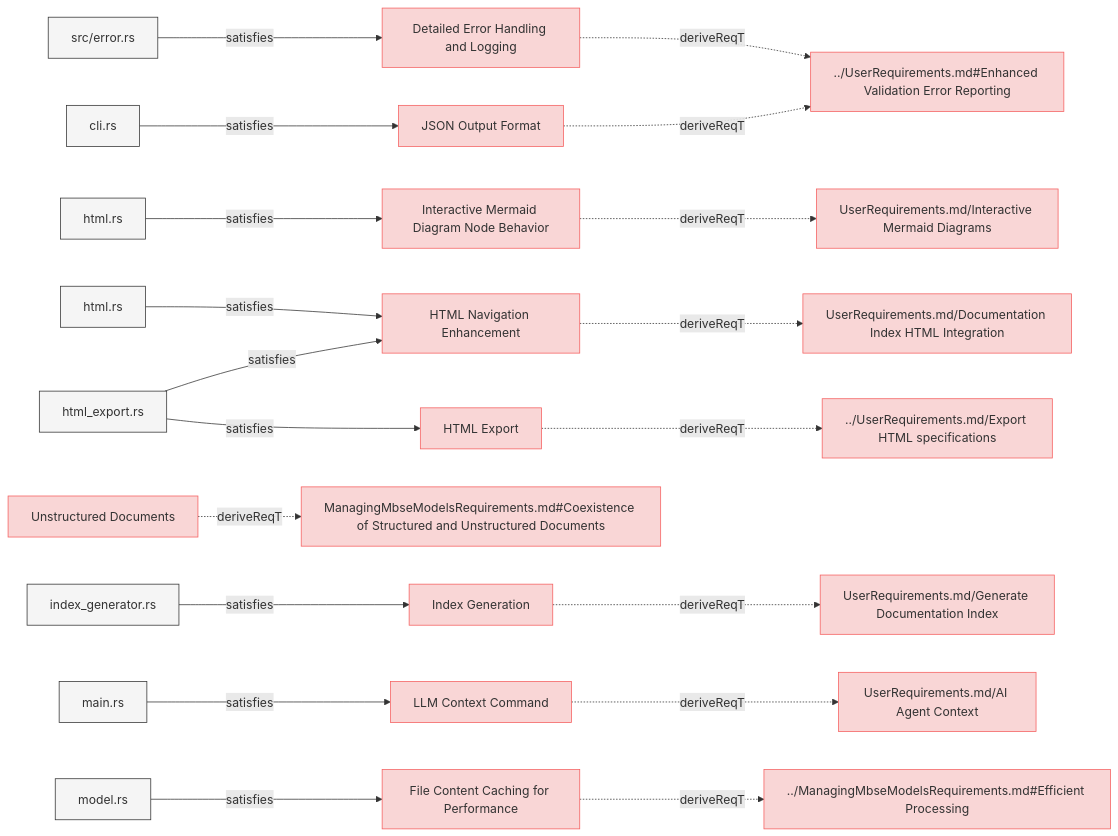
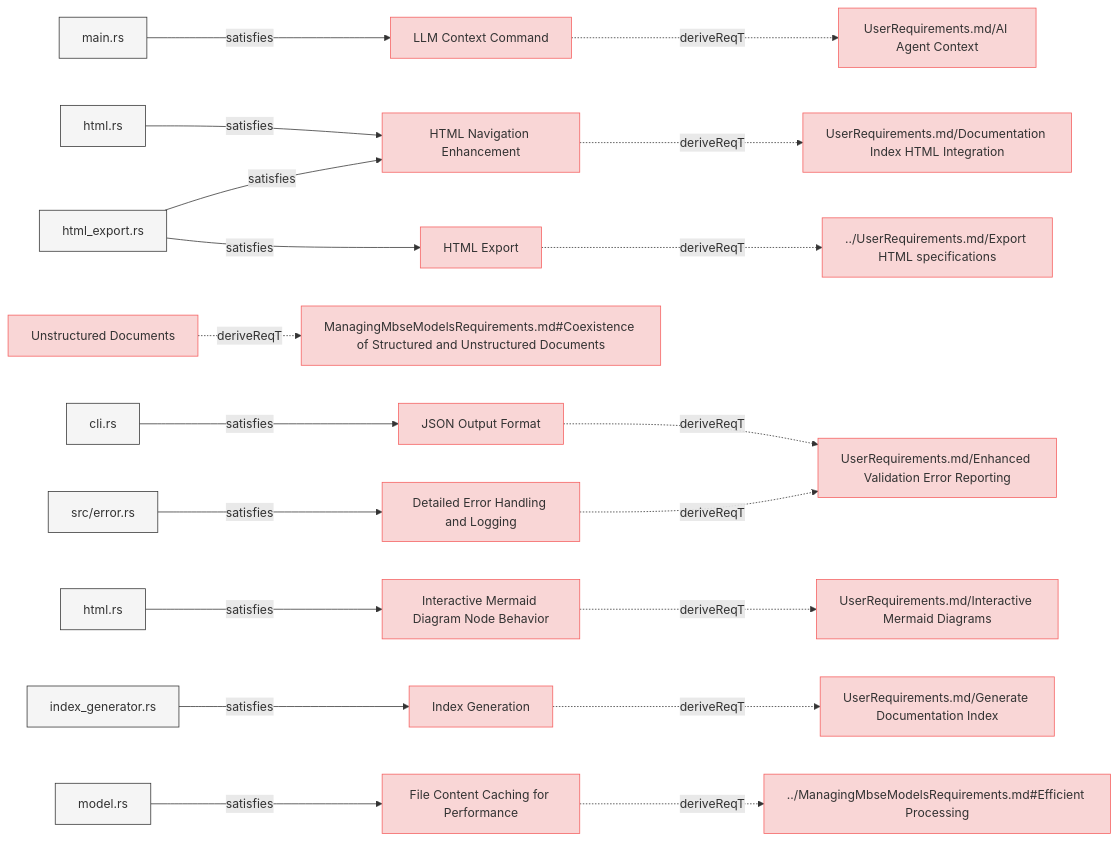
One commit to reqvire-org/reqvire changed the third of 8 diagrams in specifications/SystemRequirements/Requirements.md. Above: the diagram before and after it, drawn with Mermaid. The commit also changed other lines of this file and 16 other files, not shown here.

````diff
--- a/specifications/SystemRequirements/Requirements.md
+++ b/specifications/SystemRequirements/Requirements.md
@@ -236,97 +236,97 @@
   classDef externalLink fill:#d0e0ff,stroke:#3080ff,stroke-width:1px;
   classDef default fill:#f5f5f5,stroke:#333333,stroke-width:1px;
 
+  d177913fffd1ed11["LLM Context Command"];
+  click d177913fffd1ed11 "https://github.com/Reqvire/reqvire/blob/92e82ef235559b4819fd85d700024b79b452d8e3/specifications/SystemRequirements/Requirements.md#llm-context-command";
+  class d177913fffd1ed11 requirement;
+  7fd9156eac77c270["UserRequirements.md/AI Agent Context"];
+  class 7fd9156eac77c270 requirement;
+  click 7fd9156eac77c270 "https://github.com/Reqvire/reqvire/blob/92e82ef235559b4819fd85d700024b79b452d8e3/specifications/UserRequirements.md#ai-agent-context";
+  d177913fffd1ed11 -.->|deriveReqT| 7fd9156eac77c270;
+  615a0f4ad2620118["main.rs"];
+  class 615a0f4ad2620118 default;
+  click 615a0f4ad2620118 "https://github.com/Reqvire/reqvire/blob/92e82ef235559b4819fd85d700024b79b452d8e3/cli/src/main.rs";
+  615a0f4ad2620118 -->|satisfies| d177913fffd1ed11;
+  1550bb73b8029cb["HTML Navigation Enhancement"];
+  click 1550bb73b8029cb "https://github.com/Reqvire/reqvire/blob/92e82ef235559b4819fd85d700024b79b452d8e3/specifications/SystemRequirements/Requirements.md#html-navigation-enhancement";
+  class 1550bb73b8029cb requirement;
+  b5146db7aedfd66["UserRequirements.md/Documentation Index HTML Integration"];
+  class b5146db7aedfd66 requirement;
+  click b5146db7aedfd66 "https://github.com/Reqvire/reqvire/blob/92e82ef235559b4819fd85d700024b79b452d8e3/specifications/UserRequirements.md#documentation-index-html-integration";
+  1550bb73b8029cb -.->|deriveReqT| b5146db7aedfd66;
+  59e3b5b3087497da["html.rs"];
+  class 59e3b5b3087497da default;
+  click 59e3b5b3087497da "https://github.com/Reqvire/reqvire/blob/92e82ef235559b4819fd85d700024b79b452d8e3/core/src/html.rs";
+  59e3b5b3087497da -->|satisfies| 1550bb73b8029cb;
+  5dbf1a3141d3defb["html_export.rs"];
+  class 5dbf1a3141d3defb default;
+  click 5dbf1a3141d3defb "https://github.com/Reqvire/reqvire/blob/92e82ef235559b4819fd85d700024b79b452d8e3/core/src/html_export.rs";
+  5dbf1a3141d3defb -->|satisfies| 1550bb73b8029cb;
+  3f1abb8fd2d7c9c2["Unstructured Documents"];
+  click 3f1abb8fd2d7c9c2 "https://github.com/Reqvire/reqvire/blob/92e82ef235559b4819fd85d700024b79b452d8e3/specifications/SystemRequirements/Requirements.md#unstructured-documents";
+  class 3f1abb8fd2d7c9c2 requirement;
+  da5831ca85881025["ManagingMbseModelsRequirements.md#Coexistence of Structured and Unstructured Documents"];
+  class da5831ca85881025 requirement;
+  click da5831ca85881025 "https://github.com/Reqvire/reqvire/blob/92e82ef235559b4819fd85d700024b79b452d8e3/specifications/ManagingMbseModelsRequirements.md#coexistence-of-structured-and-unstructured-documents";
+  3f1abb8fd2d7c9c2 -.->|deriveReqT| da5831ca85881025;
+  bf6c9ff8abbc637b["JSON Output Format"];
+  click bf6c9ff8abbc637b "https://github.com/Reqvire/reqvire/blob/92e82ef235559b4819fd85d700024b79b452d8e3/specifications/SystemRequirements/Requirements.md#json-output-format";
+  class bf6c9ff8abbc637b requirement;
+  3d2fe0b05ff9c8e3["UserRequirements.md/Enhanced Validation Error Reporting"];
+  class 3d2fe0b05ff9c8e3 requirement;
+  click 3d2fe0b05ff9c8e3 "https://github.com/Reqvire/reqvire/blob/92e82ef235559b4819fd85d700024b79b452d8e3/specifications/UserRequirements.md#enhanced-validation-error-reporting";
+  bf6c9ff8abbc637b -.->|deriveReqT| 3d2fe0b05ff9c8e3;
+  2f21d2133dbfd205["cli.rs"];
+  class 2f21d2133dbfd205 default;
+  click 2f21d2133dbfd205 "https://github.com/Reqvire/reqvire/blob/92e82ef235559b4819fd85d700024b79b452d8e3/cli/src/cli.rs";
+  2f21d2133dbfd205 -->|satisfies| bf6c9ff8abbc637b;
+  a17b8052345712d7["Interactive Mermaid Diagram Node Behavior"];
+  click a17b8052345712d7 "https://github.com/Reqvire/reqvire/blob/92e82ef235559b4819fd85d700024b79b452d8e3/specifications/SystemRequirements/Requirements.md#interactive-mermaid-diagram-node-behavior";
+  class a17b8052345712d7 requirement;
+  b8997351b6f34048["UserRequirements.md/Interactive Mermaid Diagrams"];
+  class b8997351b6f34048 requirement;
+  click b8997351b6f34048 "https://github.com/Reqvire/reqvire/blob/92e82ef235559b4819fd85d700024b79b452d8e3/specifications/UserRequirements.md#interactive-mermaid-diagrams";
+  a17b8052345712d7 -.->|deriveReqT| b8997351b6f34048;
+  95f7dce6aff47396["html.rs"];
+  class 95f7dce6aff47396 default;
+  click 95f7dce6aff47396 "https://github.com/Reqvire/reqvire/blob/92e82ef235559b4819fd85d700024b79b452d8e3/core/src/diagrams.rs";
+  95f7dce6aff47396 -->|satisfies| a17b8052345712d7;
+  3b4bfa0725509a0e["Index Generation"];
+  click 3b4bfa0725509a0e "https://github.com/Reqvire/reqvire/blob/92e82ef235559b4819fd85d700024b79b452d8e3/specifications/SystemRequirements/Requirements.md#index-generation";
+  class 3b4bfa0725509a0e requirement;
+  9019be8bfdc22b35["UserRequirements.md/Generate Documentation Index"];
+  class 9019be8bfdc22b35 requirement;
+  click 9019be8bfdc22b35 "https://github.com/Reqvire/reqvire/blob/92e82ef235559b4819fd85d700024b79b452d8e3/specifications/UserRequirements.md#generate-documentation-index";
+  3b4bfa0725509a0e -.->|deriveReqT| 9019be8bfdc22b35;
+  3461f4a59371fd45["index_generator.rs"];
+  class 3461f4a59371fd45 default;
+  click 3461f4a59371fd45 "https://github.com/Reqvire/reqvire/blob/92e82ef235559b4819fd85d700024b79b452d8e3/core/src/index_generator.rs";
+  3461f4a59371fd45 -->|satisfies| 3b4bfa0725509a0e;
+  a2b1d4ec64cbd441["HTML Export"];
+  click a2b1d4ec64cbd441 "https://github.com/Reqvire/reqvire/blob/92e82ef235559b4819fd85d700024b79b452d8e3/specifications/SystemRequirements/Requirements.md#html-export";
+  class a2b1d4ec64cbd441 requirement;
+  d9686a154fe87b2["../UserRequirements.md/Export HTML specifications"];
+  class d9686a154fe87b2 requirement;
+  click d9686a154fe87b2 "https://github.com/Reqvire/reqvire/blob/92e82ef235559b4819fd85d700024b79b452d8e3/specifications/UserRequirements.md#export-html-specifications";
+  a2b1d4ec64cbd441 -.->|deriveReqT| d9686a154fe87b2;
+  5dbf1a3141d3defb -->|satisfies| a2b1d4ec64cbd441;
+  ea45d7ea45c8ee7e["File Content Caching for Performance"];
+  click ea45d7ea45c8ee7e "https://github.com/Reqvire/reqvire/blob/92e82ef235559b4819fd85d700024b79b452d8e3/specifications/SystemRequirements/Requirements.md#file-content-caching-for-performance";
+  class ea45d7ea45c8ee7e requirement;
+  386d7b145d008870["../ManagingMbseModelsRequirements.md#Efficient Processing"];
+  class 386d7b145d008870 requirement;
+  click 386d7b145d008870 "https://github.com/Reqvire/reqvire/blob/92e82ef235559b4819fd85d700024b79b452d8e3/specifications/ManagingMbseModelsRequirements.md#efficient-processing";
+  ea45d7ea45c8ee7e -.->|deriveReqT| 386d7b145d008870;
+  36fd2b1e82621caf["model.rs"];
+  class 36fd2b1e82621caf default;
+  click 36fd2b1e82621caf "https://github.com/Reqvire/reqvire/blob/92e82ef235559b4819fd85d700024b79b452d8e3/core/src/model.rs";
+  36fd2b1e82621caf -->|satisfies| ea45d7ea45c8ee7e;
   d72f6096b9a5dd8e["Detailed Error Handling and Logging"];
-  click d72f6096b9a5dd8e "https://github.com/Reqvire/reqvire/blob/b8c43d2689b933838bf1838d8a4cdf3393c9014f/specifications/SystemRequirements/Requirements.md#detailed-error-handling-and-logging";
+  click d72f6096b9a5dd8e "https://github.com/Reqvire/reqvire/blob/92e82ef235559b4819fd85d700024b79b452d8e3/specifications/SystemRequirements/Requirements.md#detailed-error-handling-and-logging";
   class d72f6096b9a5dd8e requirement;
-  3d2fe0b05ff9c8e3["../UserRequirements.md#Enhanced Validation Error Reporting"];
-  class 3d2fe0b05ff9c8e3 requirement;
-  click 3d2fe0b05ff9c8e3 "https://github.com/Reqvire/reqvire/blob/b8c43d2689b933838bf1838d8a4cdf3393c9014f/specifications/UserRequirements.md#enhanced-validation-error-reporting";
   d72f6096b9a5dd8e -.->|deriveReqT| 3d2fe0b05ff9c8e3;
   af1374ae222fbd72["src/error.rs"];
   class af1374ae222fbd72 default;
-  click af1374ae222fbd72 "https://github.com/Reqvire/reqvire/blob/b8c43d2689b933838bf1838d8a4cdf3393c9014f/core/src/error.rs";
+  click af1374ae222fbd72 "https://github.com/Reqvire/reqvire/blob/92e82ef235559b4819fd85d700024b79b452d8e3/core/src/error.rs";
   af1374ae222fbd72 -->|satisfies| d72f6096b9a5dd8e;
-  a17b8052345712d7["Interactive Mermaid Diagram Node Behavior"];
-  click a17b8052345712d7 "https://github.com/Reqvire/reqvire/blob/b8c43d2689b933838bf1838d8a4cdf3393c9014f/specifications/SystemRequirements/Requirements.md#interactive-mermaid-diagram-node-behavior";
-  class a17b8052345712d7 requirement;
-  b8997351b6f34048["UserRequirements.md/Interactive Mermaid Diagrams"];
-  class b8997351b6f34048 requirement;
-  click b8997351b6f34048 "https://github.com/Reqvire/reqvire/blob/b8c43d2689b933838bf1838d8a4cdf3393c9014f/specifications/UserRequirements.md#interactive-mermaid-diagrams";
-  a17b8052345712d7 -.->|deriveReqT| b8997351b6f34048;
-  95f7dce6aff47396["html.rs"];
-  class 95f7dce6aff47396 default;
-  click 95f7dce6aff47396 "https://github.com/Reqvire/reqvire/blob/b8c43d2689b933838bf1838d8a4cdf3393c9014f/core/src/diagrams.rs";
-  95f7dce6aff47396 -->|satisfies| a17b8052345712d7;
-  1550bb73b8029cb["HTML Navigation Enhancement"];
-  click 1550bb73b8029cb "https://github.com/Reqvire/reqvire/blob/b8c43d2689b933838bf1838d8a4cdf3393c9014f/specifications/SystemRequirements/Requirements.md#html-navigation-enhancement";
-  class 1550bb73b8029cb requirement;
-  b5146db7aedfd66["UserRequirements.md/Documentation Index HTML Integration"];
-  class b5146db7aedfd66 requirement;
-  click b5146db7aedfd66 "https://github.com/Reqvire/reqvire/blob/b8c43d2689b933838bf1838d8a4cdf3393c9014f/specifications/UserRequirements.md#documentation-index-html-integration";
-  1550bb73b8029cb -.->|deriveReqT| b5146db7aedfd66;
-  59e3b5b3087497da["html.rs"];
-  class 59e3b5b3087497da default;
-  click 59e3b5b3087497da "https://github.com/Reqvire/reqvire/blob/b8c43d2689b933838bf1838d8a4cdf3393c9014f/core/src/html.rs";
-  59e3b5b3087497da -->|satisfies| 1550bb73b8029cb;
-  5dbf1a3141d3defb["html_export.rs"];
-  class 5dbf1a3141d3defb default;
-  click 5dbf1a3141d3defb "https://github.com/Reqvire/reqvire/blob/b8c43d2689b933838bf1838d8a4cdf3393c9014f/core/src/html_export.rs";
-  5dbf1a3141d3defb -->|satisfies| 1550bb73b8029cb;
-  3b4bfa0725509a0e["Index Generation"];
-  click 3b4bfa0725509a0e "https://github.com/Reqvire/reqvire/blob/b8c43d2689b933838bf1838d8a4cdf3393c9014f/specifications/SystemRequirements/Requirements.md#index-generation";
-  class 3b4bfa0725509a0e requirement;
-  9019be8bfdc22b35["UserRequirements.md/Generate Documentation Index"];
-  class 9019be8bfdc22b35 requirement;
-  click 9019be8bfdc22b35 "https://github.com/Reqvire/reqvire/blob/b8c43d2689b933838bf1838d8a4cdf3393c9014f/specifications/UserRequirements.md#generate-documentation-index";
-  3b4bfa0725509a0e -.->|deriveReqT| 9019be8bfdc22b35;
-  3461f4a59371fd45["index_generator.rs"];
-  class 3461f4a59371fd45 default;
-  click 3461f4a59371fd45 "https://github.com/Reqvire/reqvire/blob/b8c43d2689b933838bf1838d8a4cdf3393c9014f/core/src/index_generator.rs";
-  3461f4a59371fd45 -->|satisfies| 3b4bfa0725509a0e;
-  d177913fffd1ed11["LLM Context Command"];
-  click d177913fffd1ed11 "https://github.com/Reqvire/reqvire/blob/b8c43d2689b933838bf1838d8a4cdf3393c9014f/specifications/SystemRequirements/Requirements.md#llm-context-command";
-  class d177913fffd1ed11 requirement;
-  7fd9156eac77c270["UserRequirements.md/AI Agent Context"];
-  class 7fd9156eac77c270 requirement;
-  click 7fd9156eac77c270 "https://github.com/Reqvire/reqvire/blob/b8c43d2689b933838bf1838d8a4cdf3393c9014f/specifications/UserRequirements.md#ai-agent-context";
-  d177913fffd1ed11 -.->|deriveReqT| 7fd9156eac77c270;
-  615a0f4ad2620118["main.rs"];
-  class 615a0f4ad2620118 default;
-  click 615a0f4ad2620118 "https://github.com/Reqvire/reqvire/blob/b8c43d2689b933838bf1838d8a4cdf3393c9014f/cli/src/main.rs";
-  615a0f4ad2620118 -->|satisfies| d177913fffd1ed11;
-  3f1abb8fd2d7c9c2["Unstructured Documents"];
-  click 3f1abb8fd2d7c9c2 "https://github.com/Reqvire/reqvire/blob/b8c43d2689b933838bf1838d8a4cdf3393c9014f/specifications/SystemRequirements/Requirements.md#unstructured-documents";
-  class 3f1abb8fd2d7c9c2 requirement;
-  da5831ca85881025["ManagingMbseModelsRequirements.md#Coexistence of Structured and Unstructured Documents"];
-  class da5831ca85881025 requirement;
-  click da5831ca85881025 "https://github.com/Reqvire/reqvire/blob/b8c43d2689b933838bf1838d8a4cdf3393c9014f/specifications/ManagingMbseModelsRequirements.md#coexistence-of-structured-and-unstructured-documents";
-  3f1abb8fd2d7c9c2 -.->|deriveReqT| da5831ca85881025;
-  a2b1d4ec64cbd441["HTML Export"];
-  click a2b1d4ec64cbd441 "https://github.com/Reqvire/reqvire/blob/b8c43d2689b933838bf1838d8a4cdf3393c9014f/specifications/SystemRequirements/Requirements.md#html-export";
-  class a2b1d4ec64cbd441 requirement;
-  d9686a154fe87b2["../UserRequirements.md/Export HTML specifications"];
-  class d9686a154fe87b2 requirement;
-  click d9686a154fe87b2 "https://github.com/Reqvire/reqvire/blob/b8c43d2689b933838bf1838d8a4cdf3393c9014f/specifications/UserRequirements.md#export-html-specifications";
-  a2b1d4ec64cbd441 -.->|deriveReqT| d9686a154fe87b2;
-  5dbf1a3141d3defb -->|satisfies| a2b1d4ec64cbd441;
-  ea45d7ea45c8ee7e["File Content Caching for Performance"];
-  click ea45d7ea45c8ee7e "https://github.com/Reqvire/reqvire/blob/b8c43d2689b933838bf1838d8a4cdf3393c9014f/specifications/SystemRequirements/Requirements.md#file-content-caching-for-performance";
-  class ea45d7ea45c8ee7e requirement;
-  386d7b145d008870["../ManagingMbseModelsRequirements.md#Efficient Processing"];
-  class 386d7b145d008870 requirement;
-  click 386d7b145d008870 "https://github.com/Reqvire/reqvire/blob/b8c43d2689b933838bf1838d8a4cdf3393c9014f/specifications/ManagingMbseModelsRequirements.md#efficient-processing";
-  ea45d7ea45c8ee7e -.->|deriveReqT| 386d7b145d008870;
-  36fd2b1e82621caf["model.rs"];
-  class 36fd2b1e82621caf default;
-  click 36fd2b1e82621caf "https://github.com/Reqvire/reqvire/blob/b8c43d2689b933838bf1838d8a4cdf3393c9014f/core/src/model.rs";
-  36fd2b1e82621caf -->|satisfies| ea45d7ea45c8ee7e;
-  bf6c9ff8abbc637b["JSON Output Format"];
-  click bf6c9ff8abbc637b "https://github.com/Reqvire/reqvire/blob/b8c43d2689b933838bf1838d8a4cdf3393c9014f/specifications/SystemRequirements/Requirements.md#json-output-format";
-  class bf6c9ff8abbc637b requirement;
-  bf6c9ff8abbc637b -.->|deriveReqT| 3d2fe0b05ff9c8e3;
-  2f21d2133dbfd205["cli.rs"];
-  class 2f21d2133dbfd205 default;
-  click 2f21d2133dbfd205 "https://github.com/Reqvire/reqvire/blob/b8c43d2689b933838bf1838d8a4cdf3393c9014f/cli/src/cli.rs";
-  2f21d2133dbfd205 -->|satisfies| bf6c9ff8abbc637b;
 ```
````
